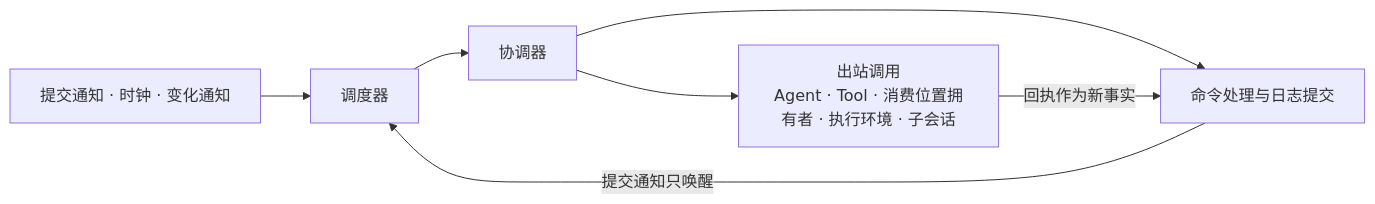
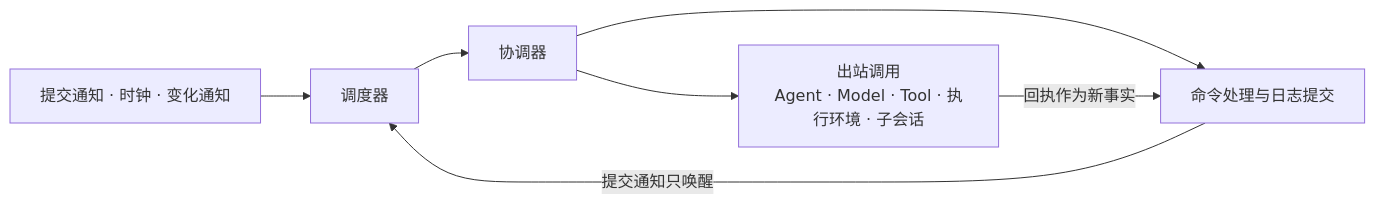
The eighth of 9 diagrams in docs/architecture/runtime/session-and-run.md (nemori-ai/omne-harness-lite), drawn with Mermaid before and after one commit. The commit also changed other lines of this file and 17 other files, not shown here.

````diff
--- a/docs/architecture/runtime/session-and-run.md
+++ b/docs/architecture/runtime/session-and-run.md
@@ -302,9 +302,9 @@
 ```mermaid
 flowchart LR
     Signal[提交通知 · 时钟 · 变化通知] --> Sched[调度器]
     Sched --> Coord[协调器]
     Coord --> Cmd[命令处理与日志提交]
-    Coord --> Out[出站调用<br/>Agent · Tool · 消费位置拥有者 · 执行环境 · 子会话]
+    Coord --> Out[出站调用<br/>Agent · Model · Tool · 执行环境 · 子会话]
     Out -->|回执作为新事实| Cmd
     Cmd -->|提交通知只唤醒| Sched
 ```
````
